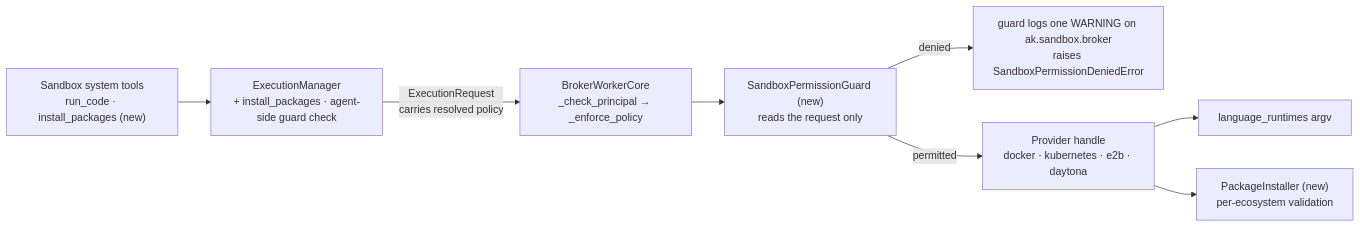
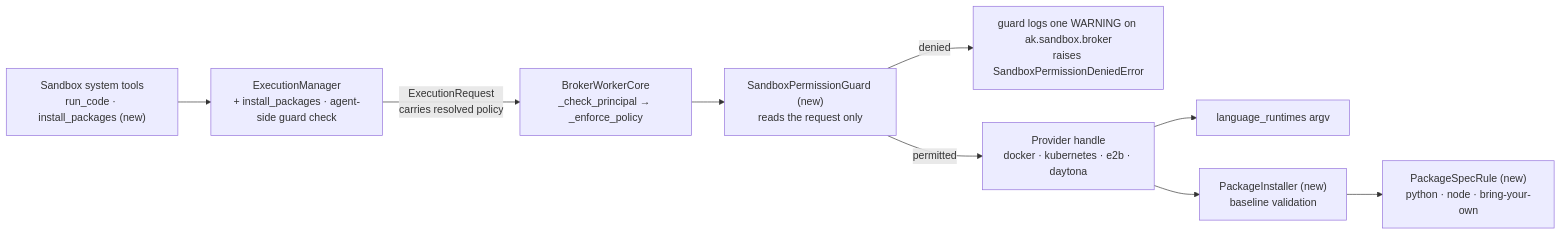
One commit to yaalalabs/agent-kernel changed the diagram in docs/specs/692-sandbox-extended-permissions/design.md. Above: the diagram before and after it, drawn with Mermaid. The commit also changed other lines of this file and 2 other files, not shown here.

First line of the commit message:
docs: refine and expand design for sandbox package installation (#692)

````diff
--- a/docs/specs/692-sandbox-extended-permissions/design.md
+++ b/docs/specs/692-sandbox-extended-permissions/design.md
@@ -277,10 +326,11 @@
 ```mermaid
 graph LR
     T["Sandbox system tools<br/>run_code · install_packages (new)"] --> M["ExecutionManager<br/>+ install_packages · agent-side guard check"]
     M -->|"ExecutionRequest<br/>carries resolved policy"| W["BrokerWorkerCore<br/>_check_principal → _enforce_policy"]
     W --> G["SandboxPermissionGuard (new)<br/>reads the request only"]
     G -->|denied| E["guard logs one WARNING on ak.sandbox.broker<br/>raises SandboxPermissionDeniedError"]
     G -->|permitted| H["Provider handle<br/>docker · kubernetes · e2b · daytona"]
     H --> RT["language_runtimes argv"]
-    H --> PI["PackageInstaller (new)<br/>per-ecosystem validation"]
+    H --> PI["PackageInstaller (new)<br/>baseline validation"]
+    PI --> PR["PackageSpecRule (new)<br/>python · node · bring-your-own"]
 ```
````
